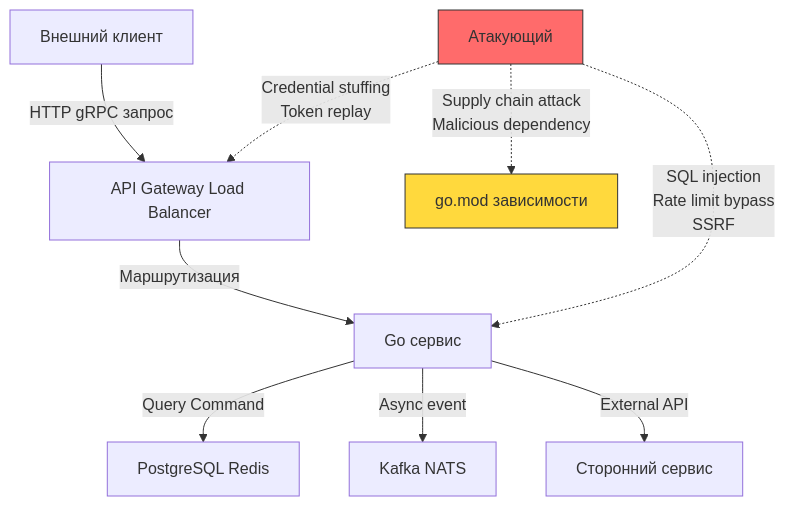
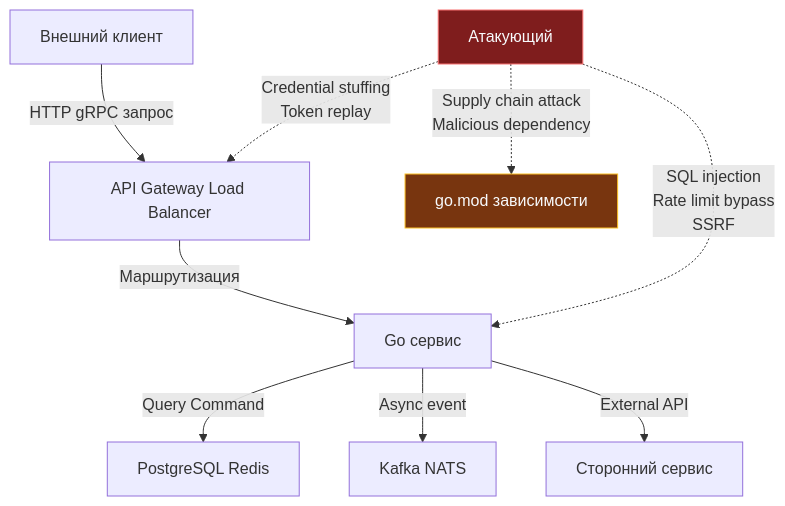
Before and after one commit to UnrealTemplier/go-textbook: the first of 2 diagrams in sources/17. Безопасность (AppSec в Go)/01. Фундамент/1. Обзор раздела. Безопасность как часть архитектуры.md, drawn with Mermaid. The commit also changed other lines of this file and 310 other files, not shown here.

First line of the commit message:
fix(mermaid): replace light fill colors with dark palette for readability on dark theme

````diff
--- a/sources/17. Безопасность (AppSec в Go)/01. Фундамент/1. Обзор раздела. Безопасность как часть архитектуры.md
+++ b/sources/17. Безопасность (AppSec в Go)/01. Фундамент/1. Обзор раздела. Безопасность как часть архитектуры.md
@@ -47,15 +47,15 @@
 ```mermaid
 flowchart TD
     A["Внешний клиент"] -->|"HTTP gRPC запрос"| B["API Gateway Load Balancer"]
     B -->|"Маршрутизация"| C["Go сервис"]
     C -->|"Query Command"| D["PostgreSQL Redis"]
     C -->|"Async event"| E["Kafka NATS"]
     C -->|"External API"| F["Сторонний сервис"]
     
     G["Атакующий"] -.->|"SQL injection<br>Rate limit bypass<br>SSRF"| C
     G -.->|"Credential stuffing<br>Token replay"| B
     G -.->|"Supply chain attack<br>Malicious dependency"| H["go.mod зависимости"]
     
-    style G fill:#ff6b6b,stroke:#333
-    style H fill:#ffd93d,stroke:#333
+    style G fill:#7f1d1d,stroke:#f87171,color:#f8fafc
+    style H fill:#78350f,stroke:#fbbf24,color:#f8fafc
 ```
````
